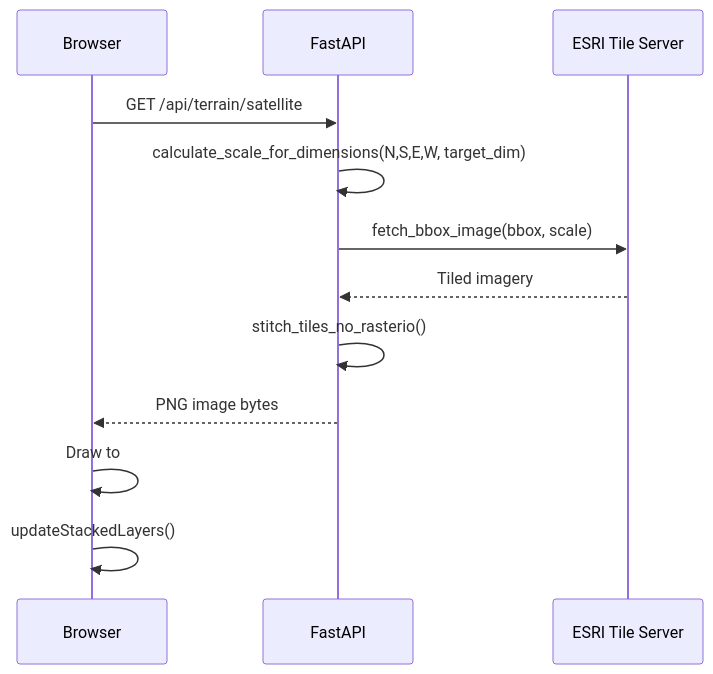
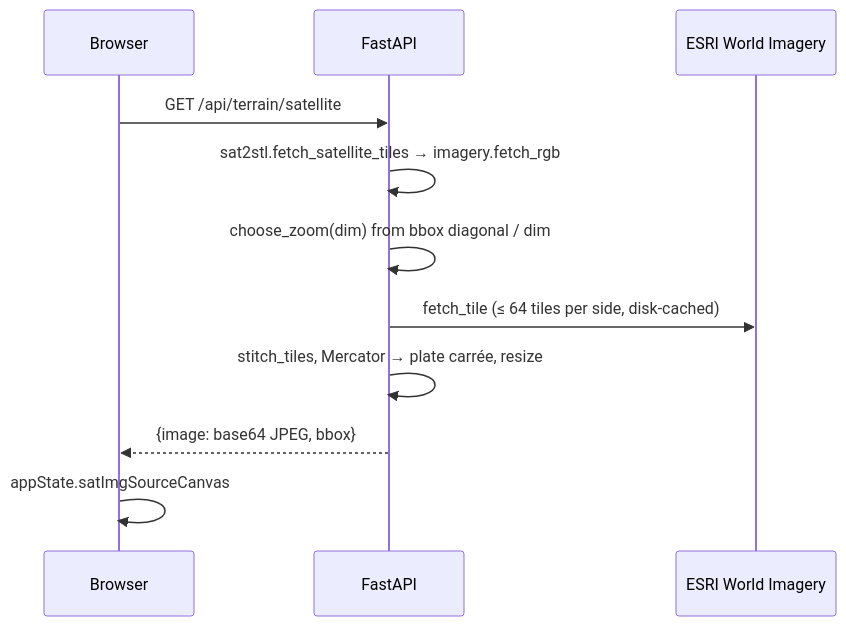
The fourth of 7 diagrams in docs/reference/layer-system.md (EdgarCardenasDeLaHoz/map2stl), drawn with Mermaid before and after one commit. The commit also changed other lines of this file and 314 other files, not shown here.

First line of the commit message:
Docs reorganized: one INDEX, guides/, reference/, decisions/, plans roadmap, research/, history/

````diff
--- a/docs/reference/layer-system.md
+++ b/docs/reference/layer-system.md
@@ -123,15 +135,13 @@
 ```mermaid
 sequenceDiagram
     participant FE as Browser
     participant BE as FastAPI
-    participant ESRI as ESRI Tile Server
-
+    participant ESRI as ESRI World Imagery
     FE->>BE: GET /api/terrain/satellite
-    BE->>BE: calculate_scale_for_dimensions(N,S,E,W, target_dim)
-    BE->>ESRI: fetch_bbox_image(bbox, scale)
-    ESRI-->>BE: Tiled imagery
-    BE->>BE: stitch_tiles_no_rasterio()
-    BE-->>FE: PNG image bytes
-    FE->>FE: Draw to #layerSatCanvas
-    FE->>FE: updateStackedLayers()
+    BE->>BE: sat2stl.fetch_satellite_tiles → imagery.fetch_rgb
+    BE->>BE: choose_zoom(dim) from bbox diagonal / dim
+    BE->>ESRI: fetch_tile (≤ 64 tiles per side, disk-cached)
+    BE->>BE: stitch_tiles, Mercator → plate carrée, resize
+    BE-->>FE: {image: base64 JPEG, bbox}
+    FE->>FE: appState.satImgSourceCanvas
 ```
````
